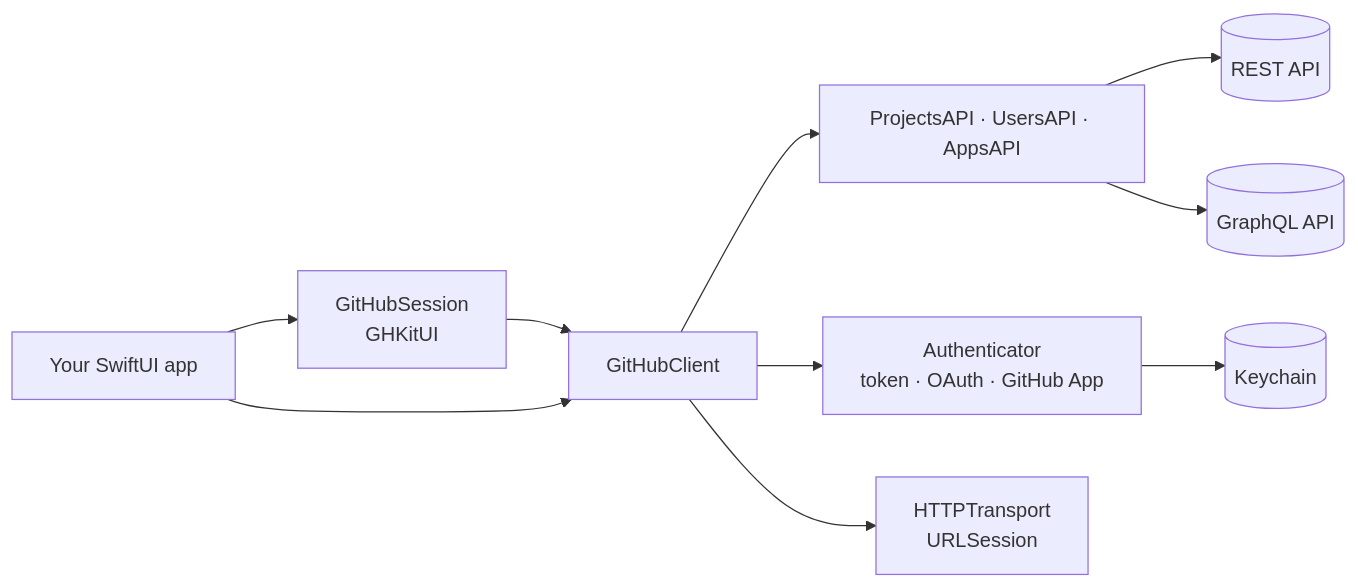
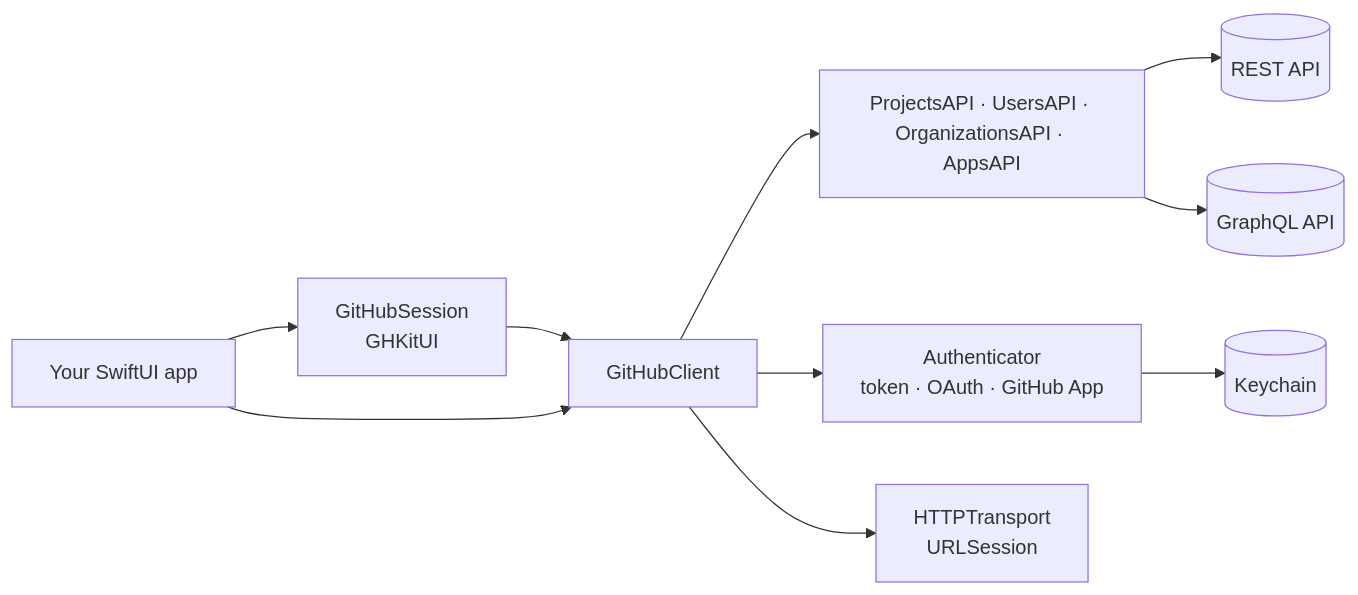
One commit to emmanuel-defreitas/GHKit changed the diagram in README.md. Above: the diagram before and after it, drawn with Mermaid. The commit also changed 15 other files, not shown here.

````diff
--- a/README.md
+++ b/README.md
@@ -324,12 +324,12 @@
 ```mermaid
 graph LR
     App[Your SwiftUI app] --> Session[GitHubSession<br/>GHKitUI]
     Session --> Client[GitHubClient]
     App --> Client
-    Client --> APIs[ProjectsAPI · UsersAPI · AppsAPI]
+    Client --> APIs[ProjectsAPI · UsersAPI · OrganizationsAPI · AppsAPI]
     Client --> Auth[Authenticator<br/>token · OAuth · GitHub App]
     Client --> Transport[HTTPTransport<br/>URLSession]
     APIs --> REST[(REST API)]
     APIs --> GQL[(GraphQL API)]
     Auth --> Store[(Keychain)]
 ```
````
